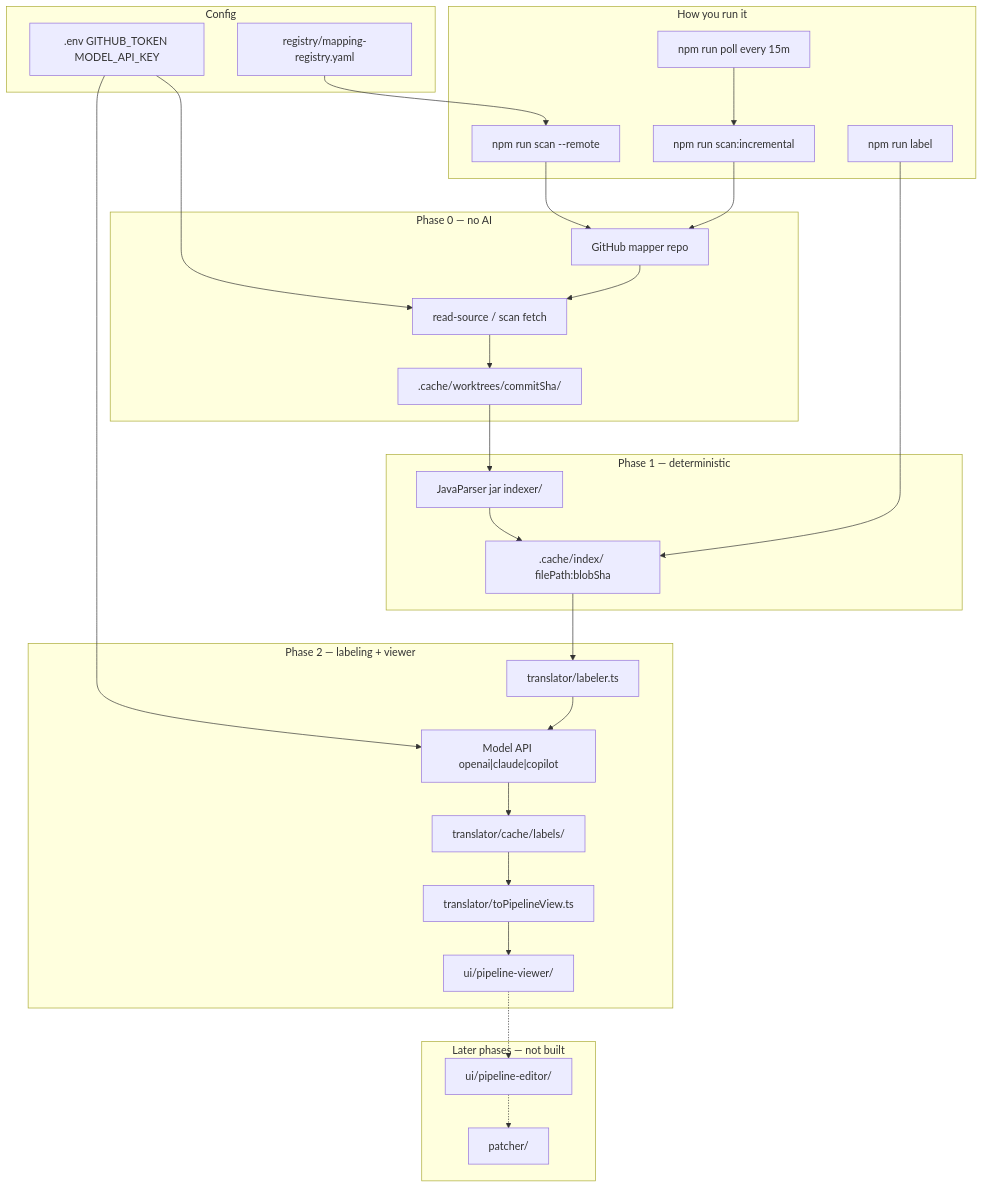
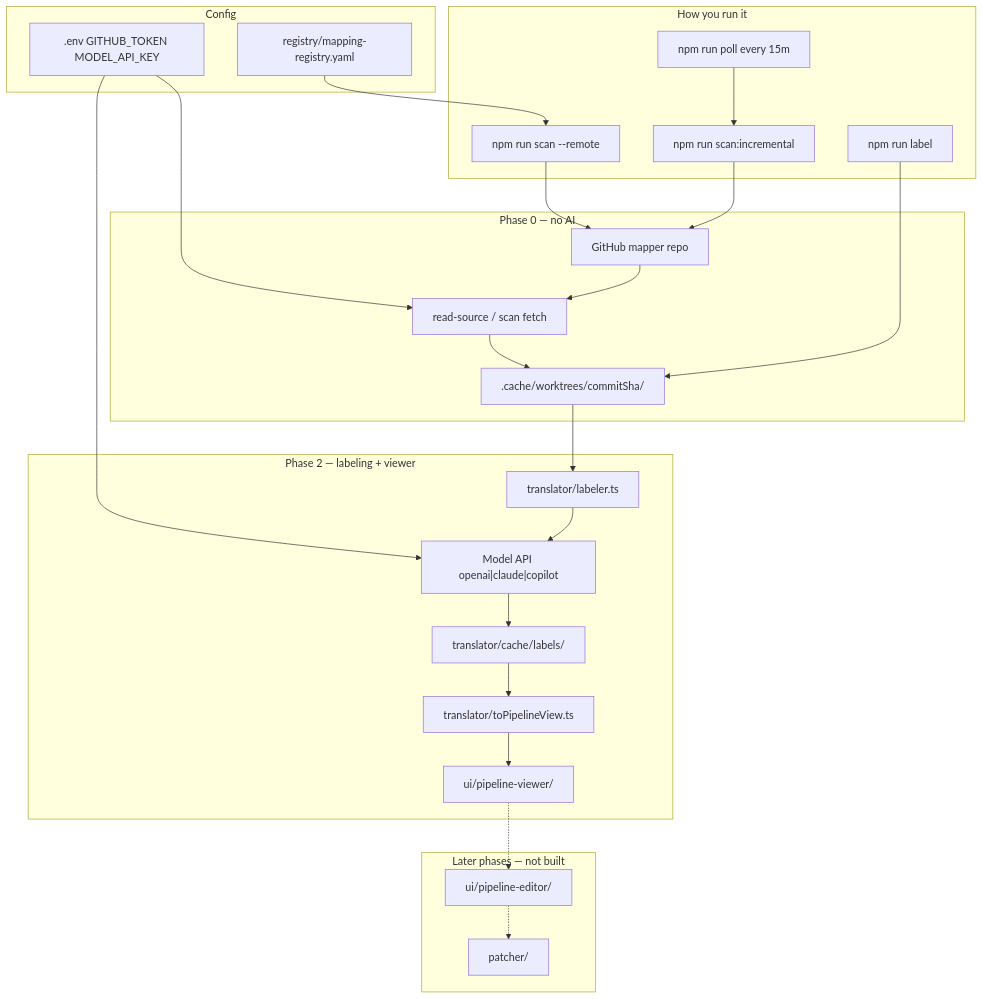
Before and after one commit to shantanunp/kodiak-agent: the diagram in ABOUT.md, drawn with Mermaid. The commit also changed other lines of this file and 41 other files, not shown here.

````diff
--- a/ABOUT.md
+++ b/ABOUT.md
@@ -96,52 +94,47 @@
 ```mermaid
 flowchart TD
   subgraph config [Config]
     Registry["registry/mapping-registry.yaml"]
     Env[".env GITHUB_TOKEN MODEL_API_KEY"]
   end
 
   subgraph phase0 [Phase 0 — no AI]
     GitHub["GitHub mapper repo"]
     Fetch["read-source / scan fetch"]
     Worktree[".cache/worktrees/commitSha/"]
-  end
-
-  subgraph phase1 [Phase 1 — deterministic]
-    Indexer["JavaParser jar indexer/"]
-    AstCache[".cache/index/ filePath:blobSha"]
   end
 
   subgraph phase2 [Phase 2 — labeling + viewer]
     Labeler["translator/labeler.ts"]
     ModelApi["Model API openai|claude|copilot"]
     LabelCache["translator/cache/labels/"]
     Adapter["translator/toPipelineView.ts"]
     Viewer["ui/pipeline-viewer/"]
   end
 
   subgraph future [Later phases — not built]
     Editor["ui/pipeline-editor/"]
     Patcher["patcher/"]
   end
 
   subgraph triggers [How you run it]
     ManualScan["npm run scan --remote"]
     ManualLabel["npm run label"]
     Incremental["npm run scan:incremental"]
     Poll["npm run poll every 15m"]
   end
 
   Registry --> ManualScan
   Env --> Fetch
   Env --> ModelApi
   ManualScan --> GitHub
-  GitHub --> Fetch --> Worktree --> Indexer --> AstCache
-  ManualLabel --> AstCache
-  AstCache --> Labeler
+  GitHub --> Fetch --> Worktree
+  ManualLabel --> Worktree
+  Worktree --> Labeler
   Labeler --> ModelApi --> LabelCache
   LabelCache --> Adapter --> Viewer
   Incremental --> GitHub
   Poll --> Incremental
   Viewer -.-> Editor
   Editor -.-> Patcher
 ```
````
